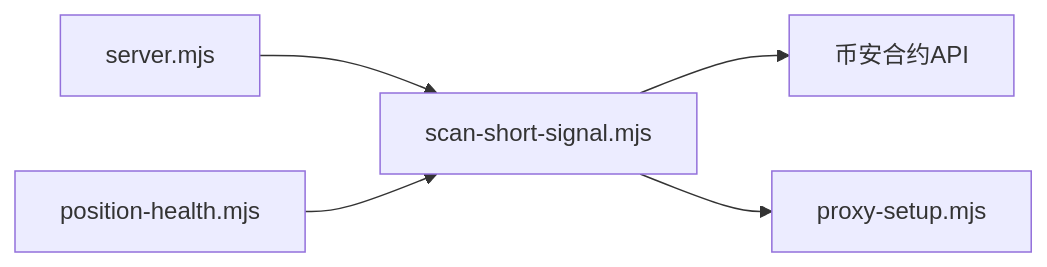
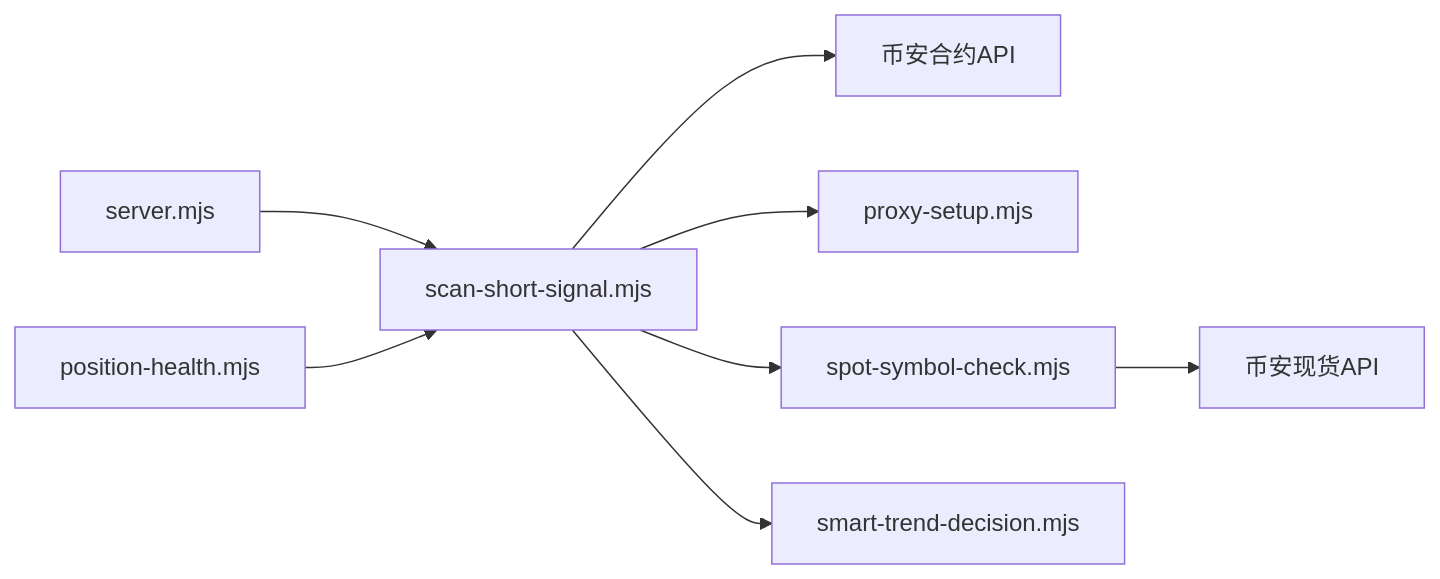
Before and after one commit to kekexilinan/BinaceSmart: the sixth of 6 diagrams in .qoder/repowiki/zh/content/核心功能模块/做空信号检测.md, drawn with Mermaid. The commit also changed other lines of this file and 63 other files, not shown here.

````diff
--- a/.qoder/repowiki/zh/content/核心功能模块/做空信号检测.md
+++ b/.qoder/repowiki/zh/content/核心功能模块/做空信号检测.md
@@ -197,7 +285,10 @@
 ```mermaid
 graph LR
 SS["scan-short-signal.mjs"] --> API["币安合约API"]
 SS --> Proxy["proxy-setup.mjs"]
+SS --> Spot["spot-symbol-check.mjs"]
+SS --> Trend["smart-trend-decision.mjs"]
+Spot --> SpotAPI["币安现货API"]
 Server["server.mjs"] --> SS
 Health["position-health.mjs"] --> SS
 ```
````
